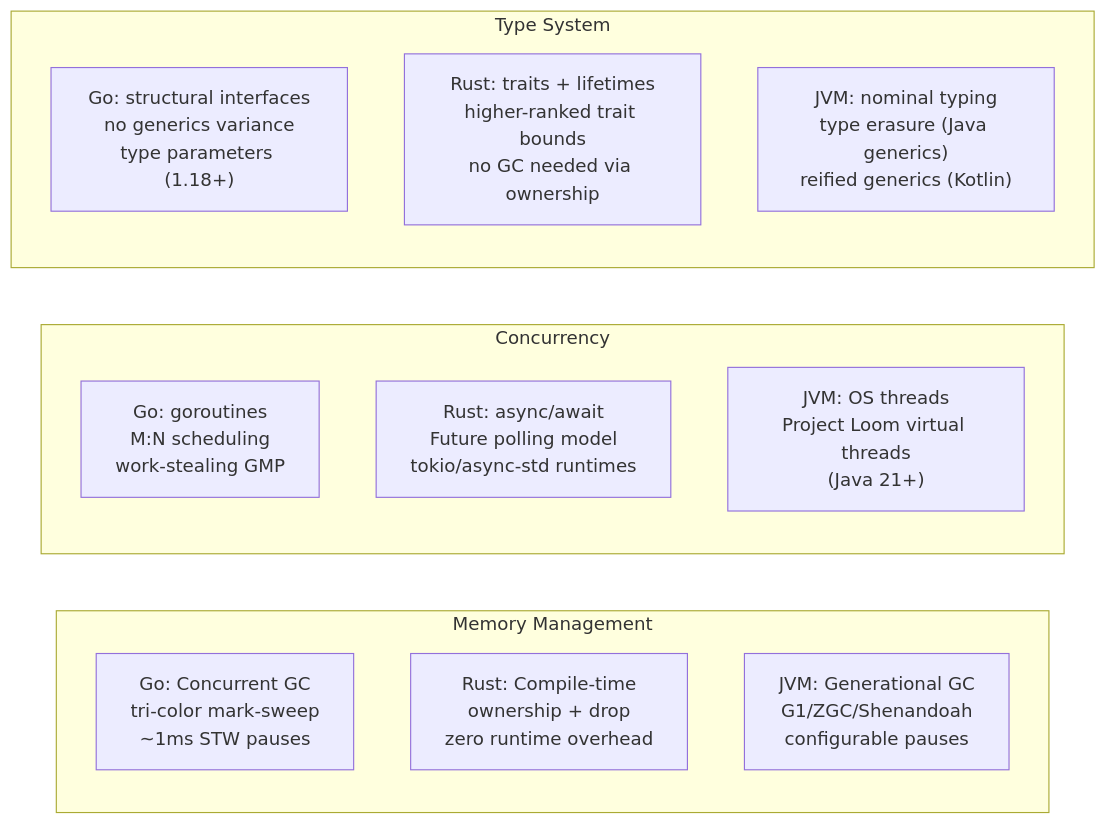
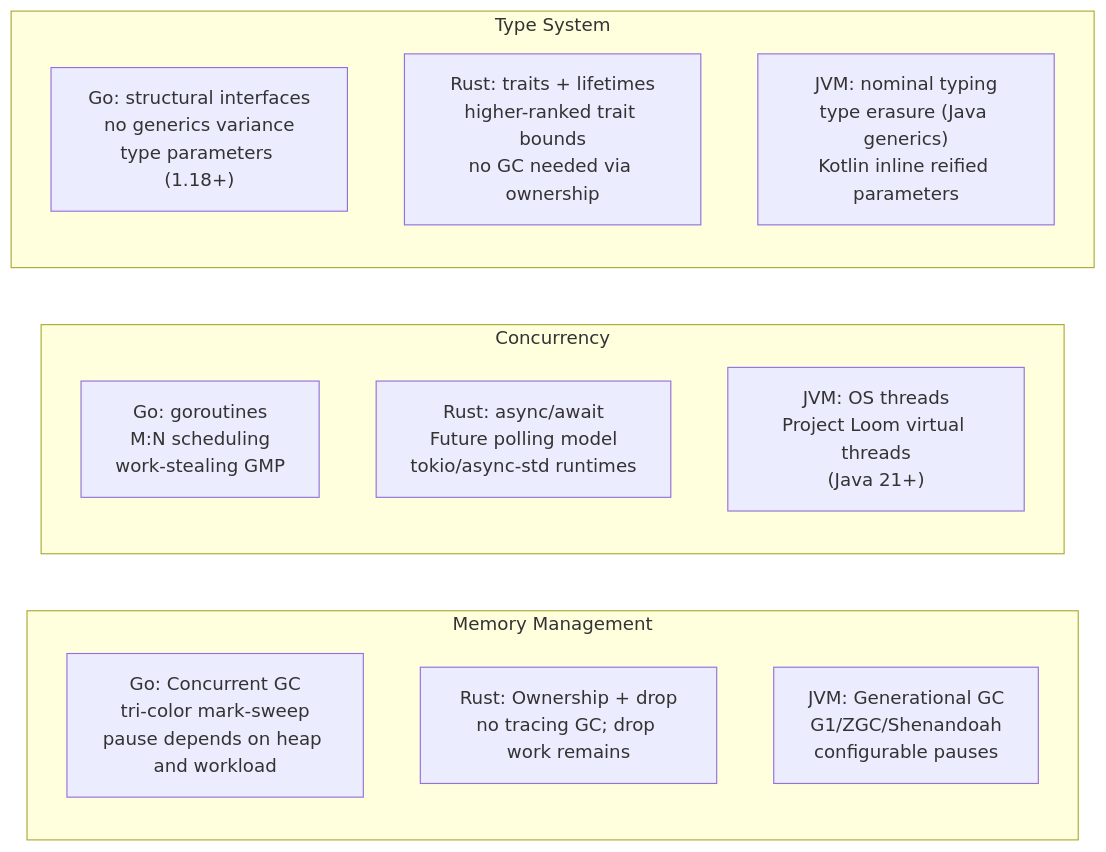
One commit to choisimo/document changed diagram 20 of 34 in content/docs/books/cs-reference/ko/programming-languages-internals.md. Above: the diagram before and after it, drawn with Mermaid. The commit also changed other lines of this file and 504 other files, not shown here.

````diff
--- a/content/docs/books/cs-reference/ko/programming-languages-internals.md
+++ b/content/docs/books/cs-reference/ko/programming-languages-internals.md
@@ -371,18 +379,18 @@
 ```mermaid
 flowchart LR
     subgraph "Memory Management"
-        Go_MM["Go: Concurrent GC\ntri-color mark-sweep\n~1ms STW pauses"]
-        Rust_MM["Rust: Compile-time\nownership + drop\nzero runtime overhead"]
+        Go_MM["Go: Concurrent GC\ntri-color mark-sweep\npause depends on heap and workload"]
+        Rust_MM["Rust: Ownership + drop\nno tracing GC; drop work remains"]
         JVM_MM["JVM: Generational GC\nG1/ZGC/Shenandoah\nconfigurable pauses"]
     end
     subgraph "Concurrency"
         Go_C["Go: goroutines\nM:N scheduling\nwork-stealing GMP"]
         Rust_C["Rust: async/await\nFuture polling model\ntokio/async-std runtimes"]
         JVM_C["JVM: OS threads\nProject Loom virtual threads\n(Java 21+)"]
     end
     subgraph "Type System"
         Go_T["Go: structural interfaces\nno generics variance\ntype parameters (1.18+)"]
         Rust_T["Rust: traits + lifetimes\nhigher-ranked trait bounds\nno GC needed via ownership"]
-        JVM_T["JVM: nominal typing\ntype erasure (Java generics)\nreified generics (Kotlin)"]
+        JVM_T["JVM: nominal typing\ntype erasure (Java generics)\nKotlin inline reified parameters"]
     end
 ```
````
